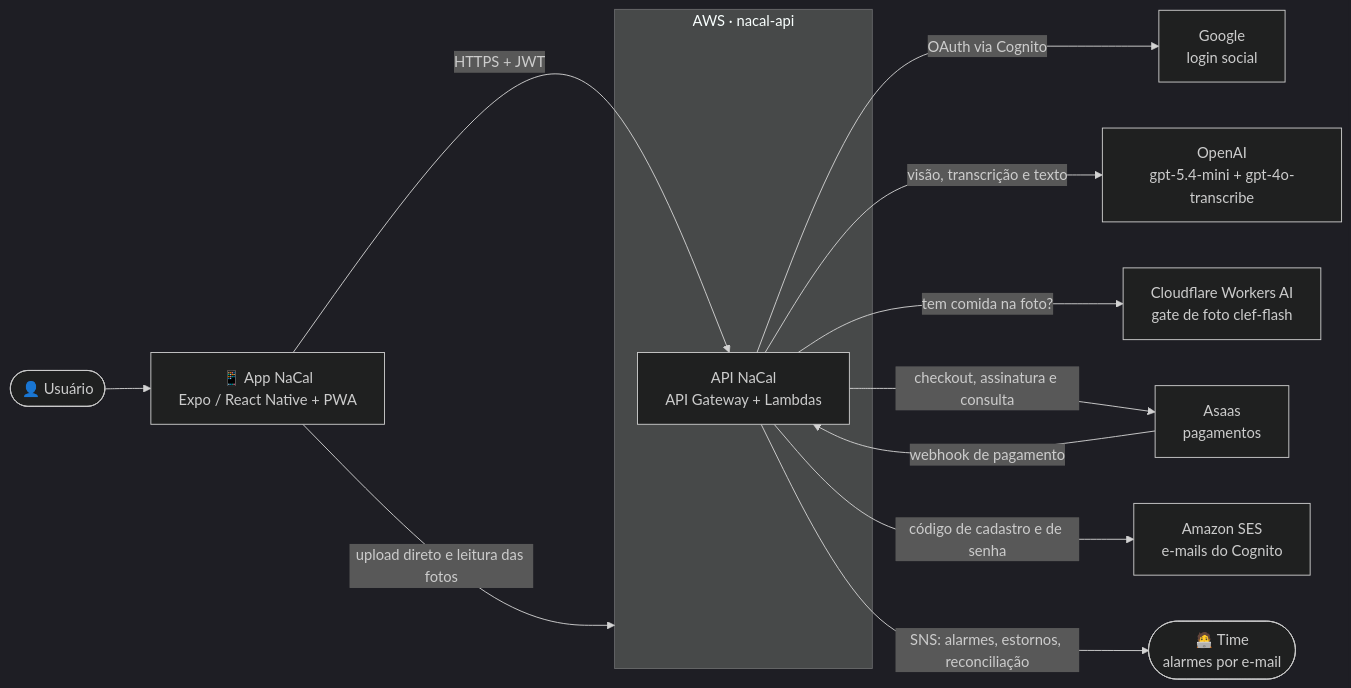
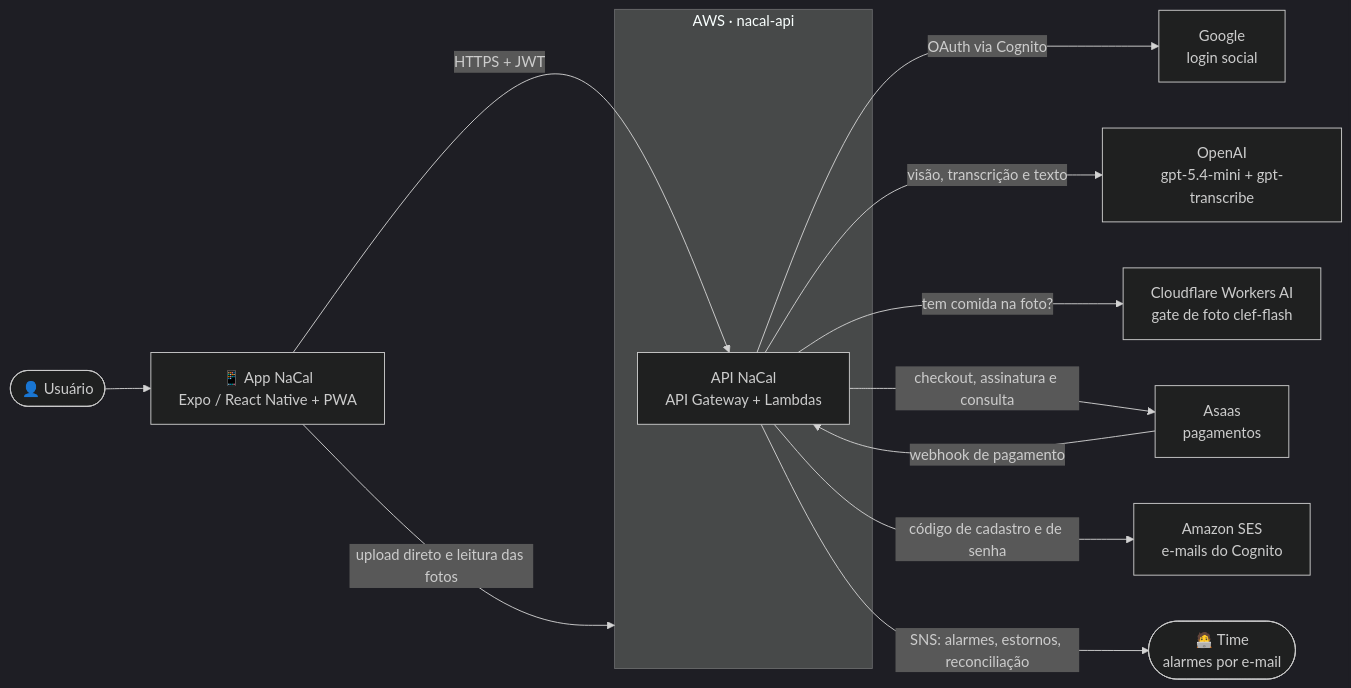
One commit to nivaldoandrade/nacal-api changed the first of 2 diagrams in docs/guide/01-visao-geral.md. Above: the diagram before and after it, drawn with Mermaid (dark theme). The commit also changed 3 other files, not shown here.

Commit message:
perf(api): switch audio transcription to gpt-transcribe

````diff
--- a/docs/guide/01-visao-geral.md
+++ b/docs/guide/01-visao-geral.md
@@ -7,27 +7,27 @@
 ```mermaid
 flowchart LR
     user(["👤 Usuário"])
     app["📱 App NaCal<br/>Expo / React Native + PWA"]
 
     subgraph aws["AWS · nacal-api"]
         api["API NaCal<br/>API Gateway + Lambdas"]
     end
 
     google["Google<br/>login social"]
-    openai["OpenAI<br/>gpt-5.4-mini + gpt-4o-transcribe"]
+    openai["OpenAI<br/>gpt-5.4-mini + gpt-transcribe"]
     cf["Cloudflare Workers AI<br/>gate de foto clef-flash"]
     asaas["Asaas<br/>pagamentos"]
     ses["Amazon SES<br/>e-mails do Cognito"]
     dev(["🧑‍💻 Time<br/>alarmes por e-mail"])
 
     user --> app
     app -- "HTTPS + JWT" --> api
     app -- "upload direto e leitura das fotos" --> aws
     api -- "OAuth via Cognito" --> google
     api -- "visão, transcrição e texto" --> openai
     api -- "tem comida na foto?" --> cf
     api -- "checkout, assinatura e consulta" --> asaas
     asaas -- "webhook de pagamento" --> api
     api -- "código de cadastro e de senha" --> ses
     api -- "SNS: alarmes, estornos, reconciliação" --> dev
 ```
````
